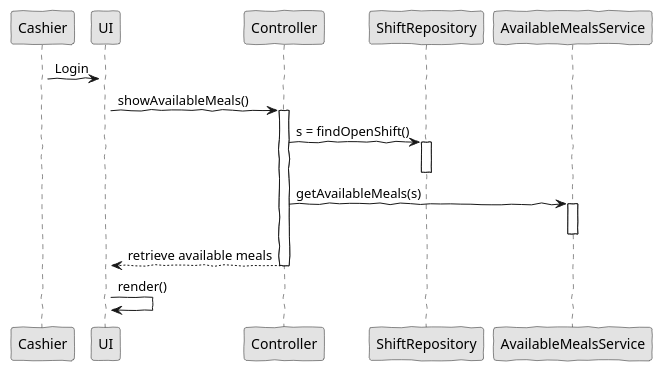
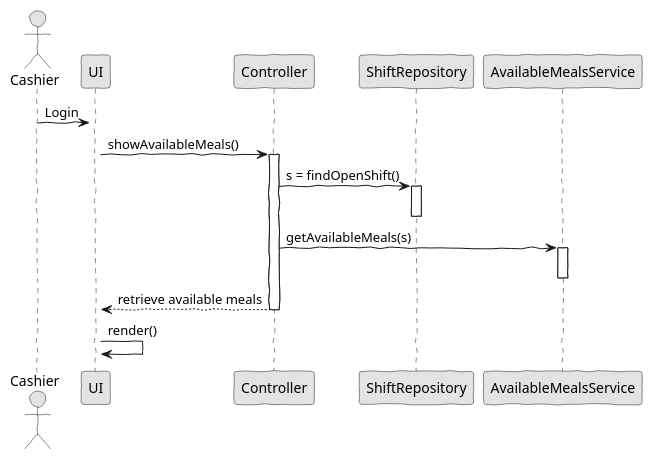
The diagram in documentation/CashierOperations/UC-CO-04-PreviewAvailableMeals/PreviewAvailableMealsSD.puml (Ren1140822/EAPLI), drawn with PlantUML before and after one commit. The commit also changed 1 other file, not shown here.

```diff
--- a/documentation/CashierOperations/UC-CO-04-PreviewAvailableMeals/PreviewAvailableMealsSD.puml
+++ b/documentation/CashierOperations/UC-CO-04-PreviewAvailableMeals/PreviewAvailableMealsSD.puml
@@ -1,25 +1,26 @@
 @startuml
 
 'http://plantuml.com/skinparam.html
 skinparam handwritten true
 skinparam monochrome true
 skinparam packageStyle rect
 skinparam defaultFontName FG Virgil
 skinparam shadowing false
 
-Activate Cashier
+actor Cashier
+
 Cashier -> UI : Login
 Activate UI
 UI -> Controller : showAvailableMeals()
 Activate Controller
 Controller -> ShiftRepository : s = findOpenShift()
 Activate ShiftRepository
 Deactivate ShiftRepository
 Controller -> AvailableMealsService : getAvailableMeals(s)
 Activate AvailableMealsService
 Deactivate AvailableMealsService
 Controller --> UI :retrieve available meals
 Deactivate Controller
 UI -> UI : render()
 
 @enduml
```
